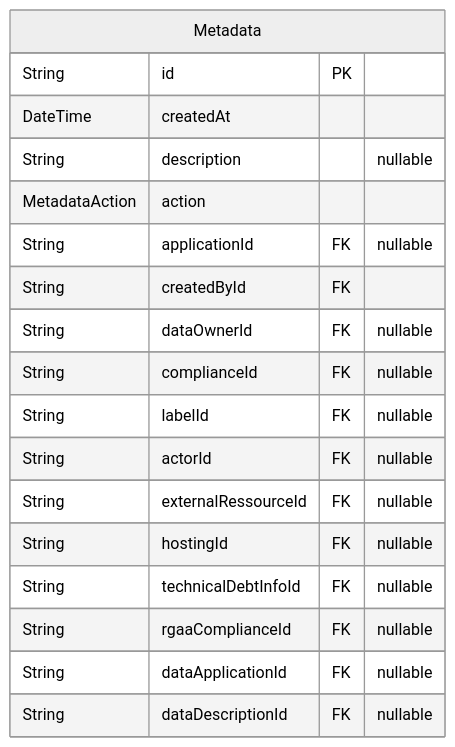
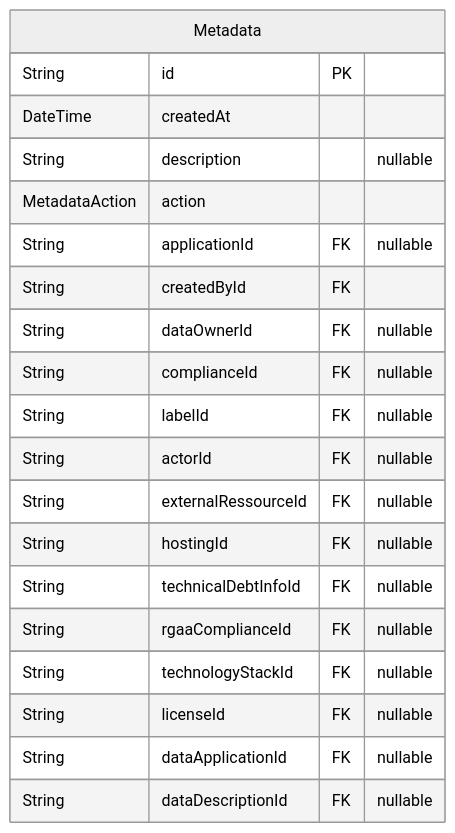
Before and after one commit to dnum-mi/referentiel-applications: the eighth of 15 diagrams in backend/prisma/docs/schema.md, drawn with Mermaid (neutral theme). The commit also changed other lines of this file and 24 other files, not shown here.

````diff
--- a/backend/prisma/docs/schema.md
+++ b/backend/prisma/docs/schema.md
@@ -603,21 +631,23 @@
 ```mermaid
 erDiagram
 "Metadata" {
   String id PK
   DateTime createdAt
   String description "nullable"
   MetadataAction action
   String applicationId FK "nullable"
   String createdById FK
   String dataOwnerId FK "nullable"
   String complianceId FK "nullable"
   String labelId FK "nullable"
   String actorId FK "nullable"
   String externalRessourceId FK "nullable"
   String hostingId FK "nullable"
   String technicalDebtInfoId FK "nullable"
   String rgaaComplianceId FK "nullable"
+  String technologyStackId FK "nullable"
+  String licenseId FK "nullable"
   String dataApplicationId FK "nullable"
   String dataDescriptionId FK "nullable"
 }
 ```
````
